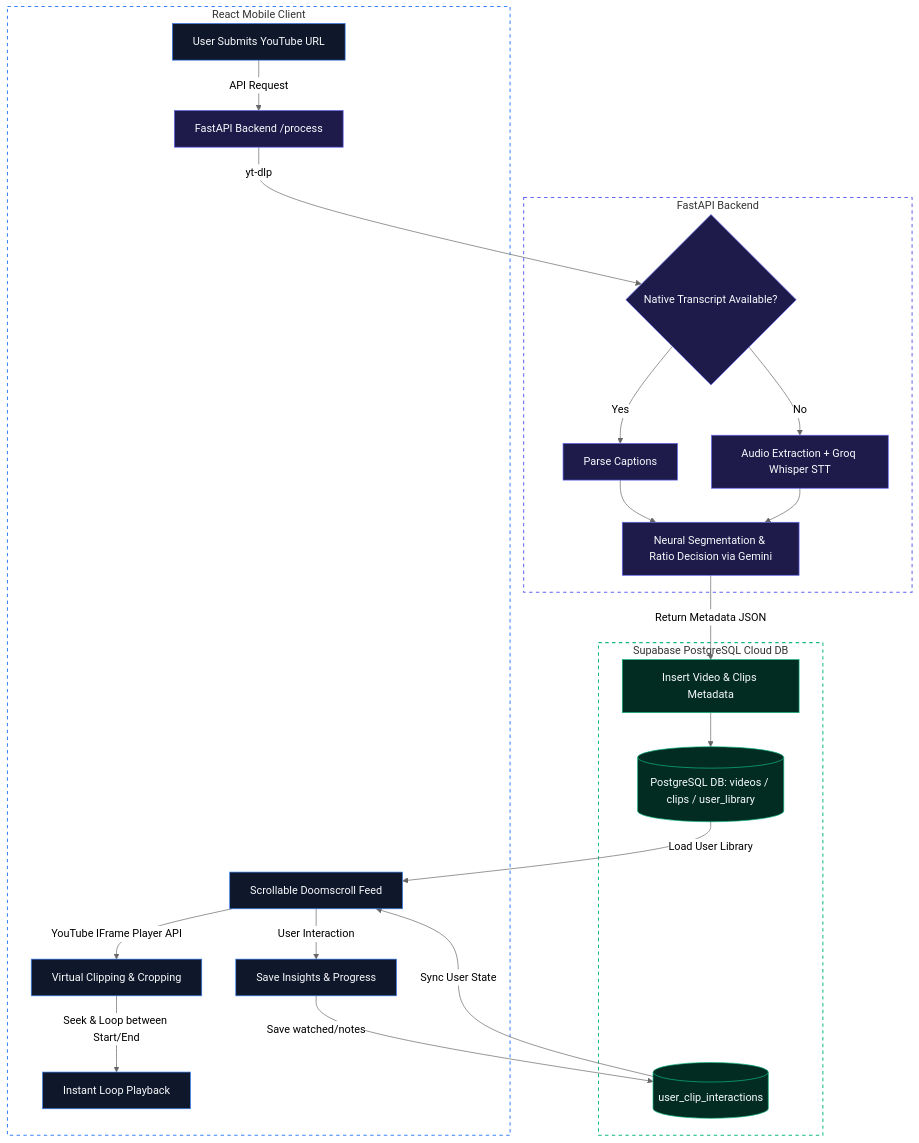
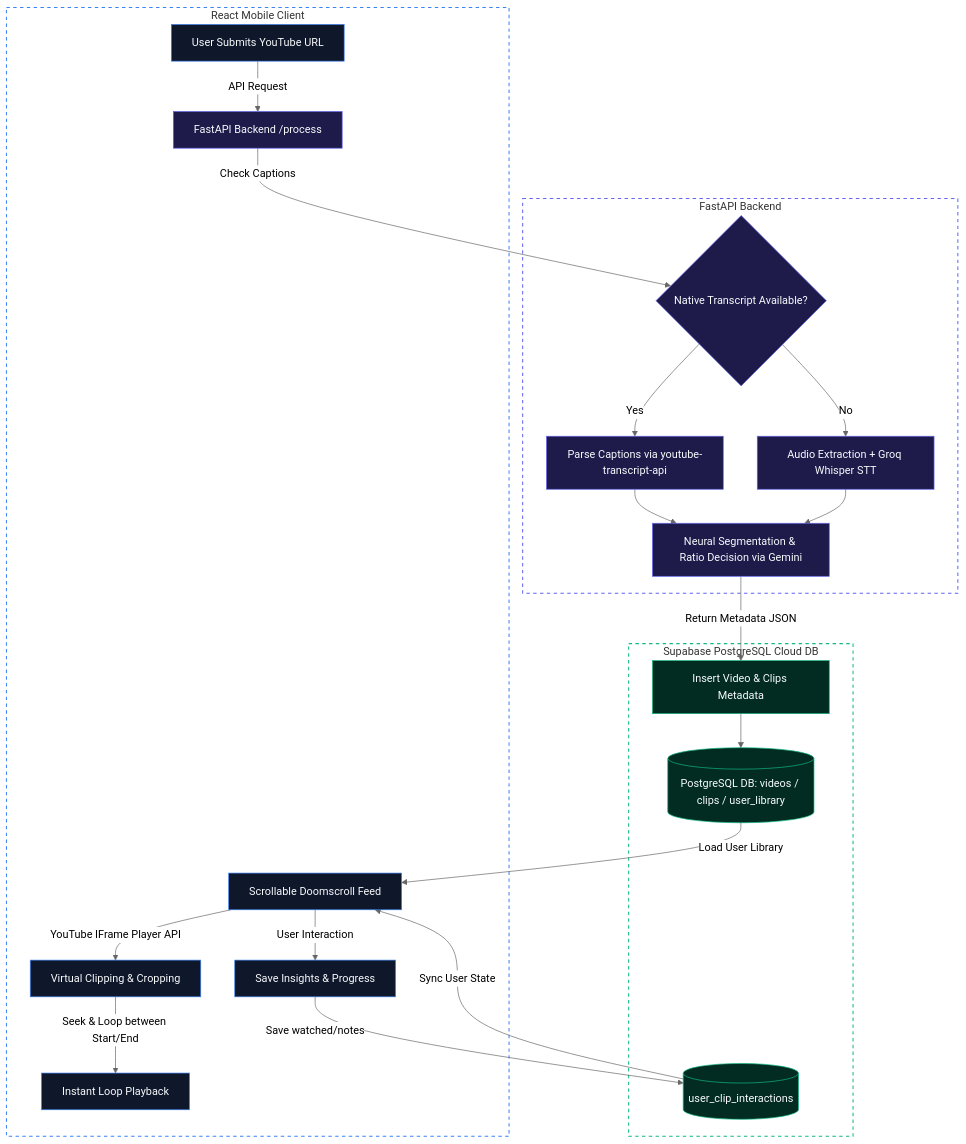
Before and after one commit to abdulrahimzulfiqar/productive-doomscrolling: the diagram in README.md, drawn with Mermaid (neutral theme). The commit also changed other lines of this file, not shown here.

Commit message:
docs: remove yt-dlp label from Mermaid diagram and specify youtube-transcript-api

````diff
--- a/README.md
+++ b/README.md
@@ -11,43 +11,43 @@
 ```mermaid
 graph TD
     %% Frontend Flow
     subgraph Frontend [React Mobile Client]
         A[User Submits YouTube URL] -->|API Request| B[FastAPI Backend /process]
         H[Scrollable Doomscroll Feed] -->|YouTube IFrame Player API| I[Virtual Clipping & Cropping]
         I -->|Seek & Loop between Start/End| J[Instant Loop Playback]
         H -->|User Interaction| K[Save Insights & Progress]
     end
 
     %% Backend Flow
     subgraph Backend [FastAPI Backend]
-        B -->|yt-dlp| C{Native Transcript Available?}
-        C -->|Yes| D[Parse Captions]
+        B -->|Check Captions| C{Native Transcript Available?}
+        C -->|Yes| D[Parse Captions via youtube-transcript-api]
         C -->|No| E[Audio Extraction + Groq Whisper STT]
         D & E --> F[Neural Segmentation & Ratio Decision via Gemini]
     end
 
     %% Database Flow
     subgraph Database [Supabase PostgreSQL Cloud DB]
         F -->|Return Metadata JSON| L[Insert Video & Clips Metadata]
         L --> G[(PostgreSQL DB: videos / clips / user_library)]
         K -->|Save watched/notes| M[(user_clip_interactions)]
     end
 
     %% Wiring
     G -->|Load User Library| H
     M -->|Sync User State| H
 
     %% Style Classes for Dark & Light Mode Compatibility
     classDef clientStyle fill:#0f172a,stroke:#3b82f6,stroke-width:1px,color:#f8fafc;
     classDef serverStyle fill:#1e1b4b,stroke:#6366f1,stroke-width:1px,color:#f8fafc;
     classDef dbStyle fill:#022c22,stroke:#10b981,stroke-width:1px,color:#f8fafc;
 
     class A,H,I,J,K clientStyle;
     class B,C,D,E,F serverStyle;
     class L,G,M dbStyle;
 
     %% Subgraph Aesthetics
     style Frontend fill:none,stroke:#3b82f6,stroke-width:1.5px,stroke-dasharray: 5 5;
     style Backend fill:none,stroke:#6366f1,stroke-width:1.5px,stroke-dasharray: 5 5;
     style Database fill:none,stroke:#10b981,stroke-width:1.5px,stroke-dasharray: 5 5;
 ```
````
